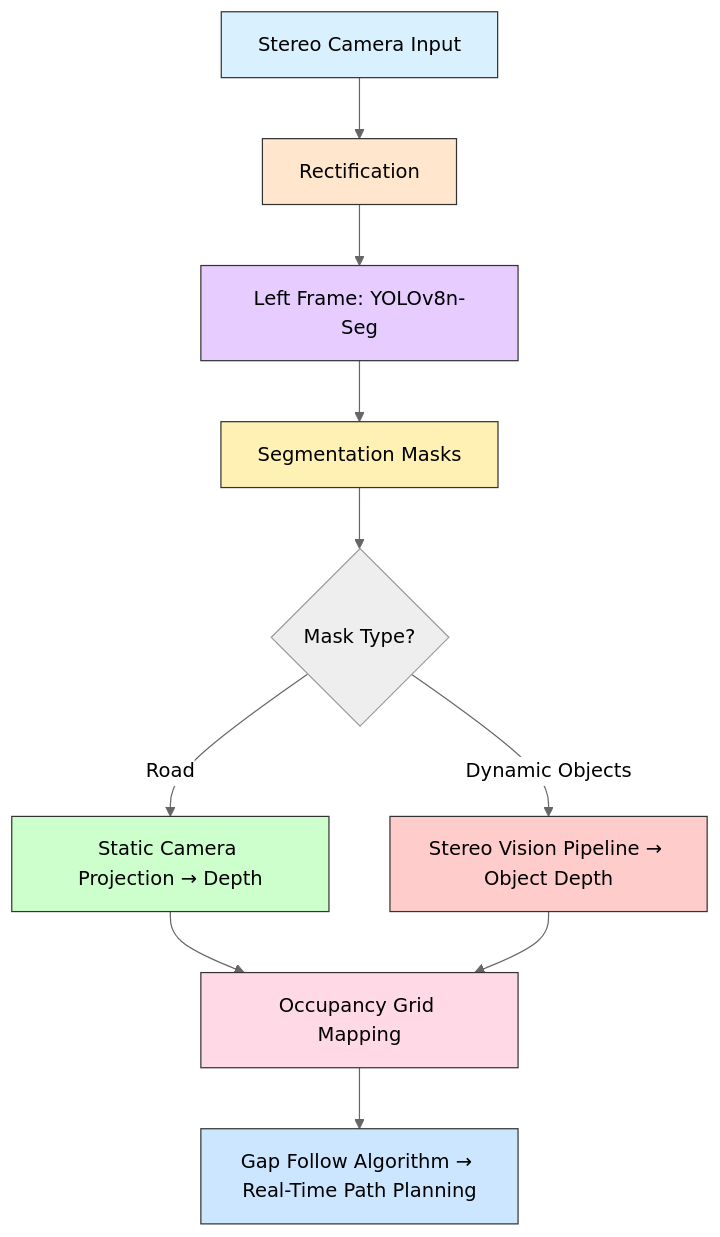
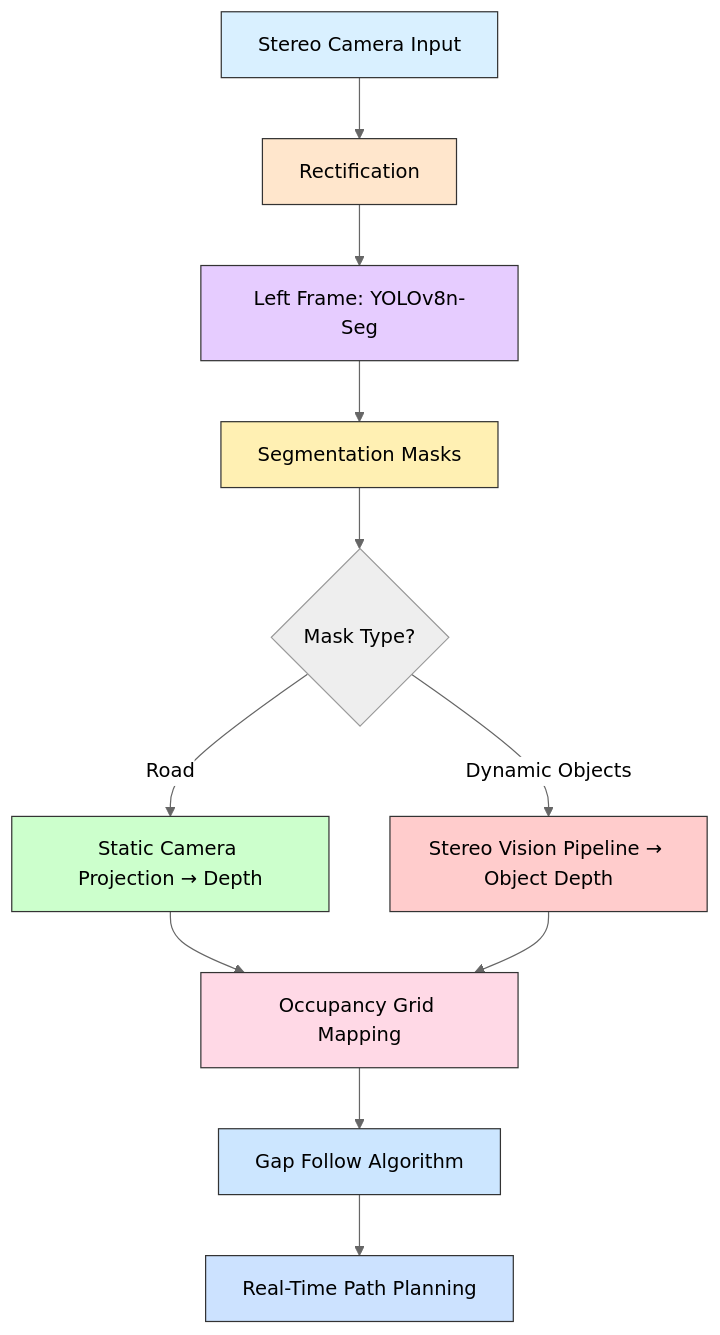
Before and after one commit to Ad-Deen/AGV-Project_Automama-Software_stack: the first of 2 diagrams in README.md, drawn with Mermaid (neutral theme). The commit also changed other lines of this file, not shown here.

````diff
--- a/README.md
+++ b/README.md
@@ -97,20 +97,22 @@
 ```mermaid
 graph TD
     A[Stereo Camera Input] --> B[Rectification]
     B --> C[Left Frame: YOLOv8n-Seg]
     C --> D[Segmentation Masks]
     D --> E{Mask Type?}
     E -->|Road| F[Static Camera Projection → Depth]
     E -->|Dynamic Objects| G[Stereo Vision Pipeline → Object Depth]
     F --> H[Occupancy Grid Mapping]
     G --> H
-    H --> I[Gap Follow Algorithm → Real-Time Path Planning]
+    H --> I[Gap Follow Algorithm]
+    I --> J[Real-Time Path Planning]
     style A fill:#d9f0ff,stroke:#333,stroke-width:1px
     style B fill:#ffe6cc,stroke:#333,stroke-width:1px
     style C fill:#e6ccff,stroke:#333,stroke-width:1px
     style D fill:#fff0b3,stroke:#333,stroke-width:1px
     style F fill:#ccffcc,stroke:#333,stroke-width:1px
     style G fill:#ffcccc,stroke:#333,stroke-width:1px
     style H fill:#ffd9e6,stroke:#333,stroke-width:1px
     style I fill:#cce6ff,stroke:#333,stroke-width:1px
+    style J fill:#cce2ff,stroke:#333,stroke-width:1px
 ```
````
